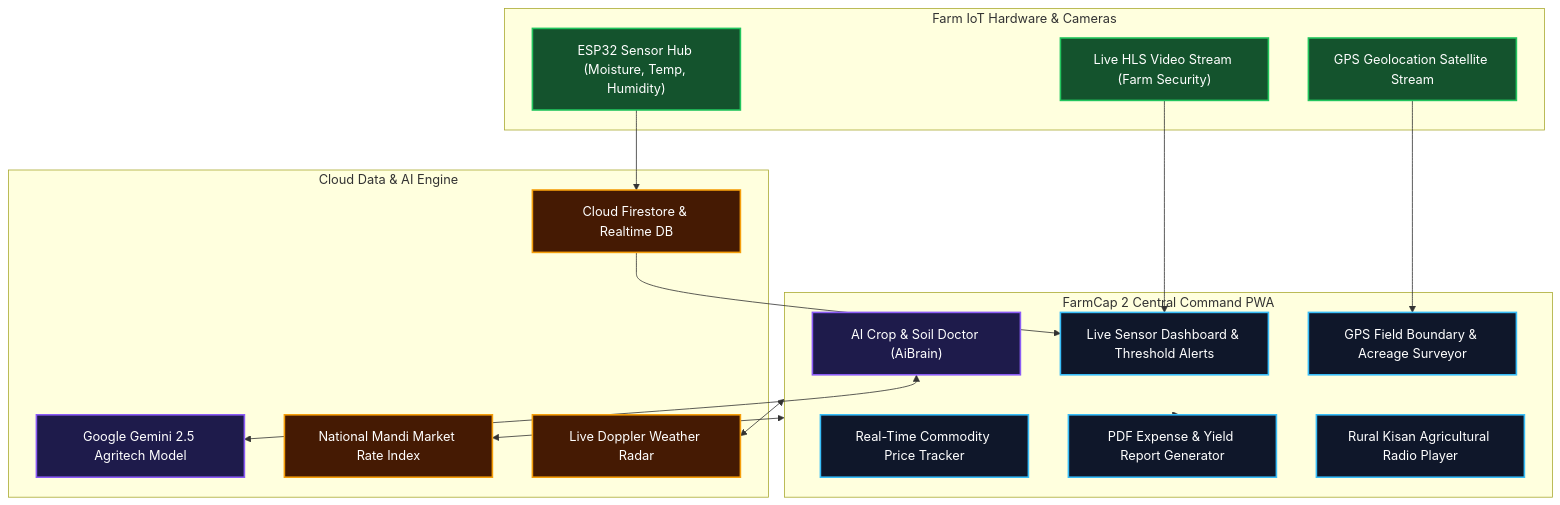
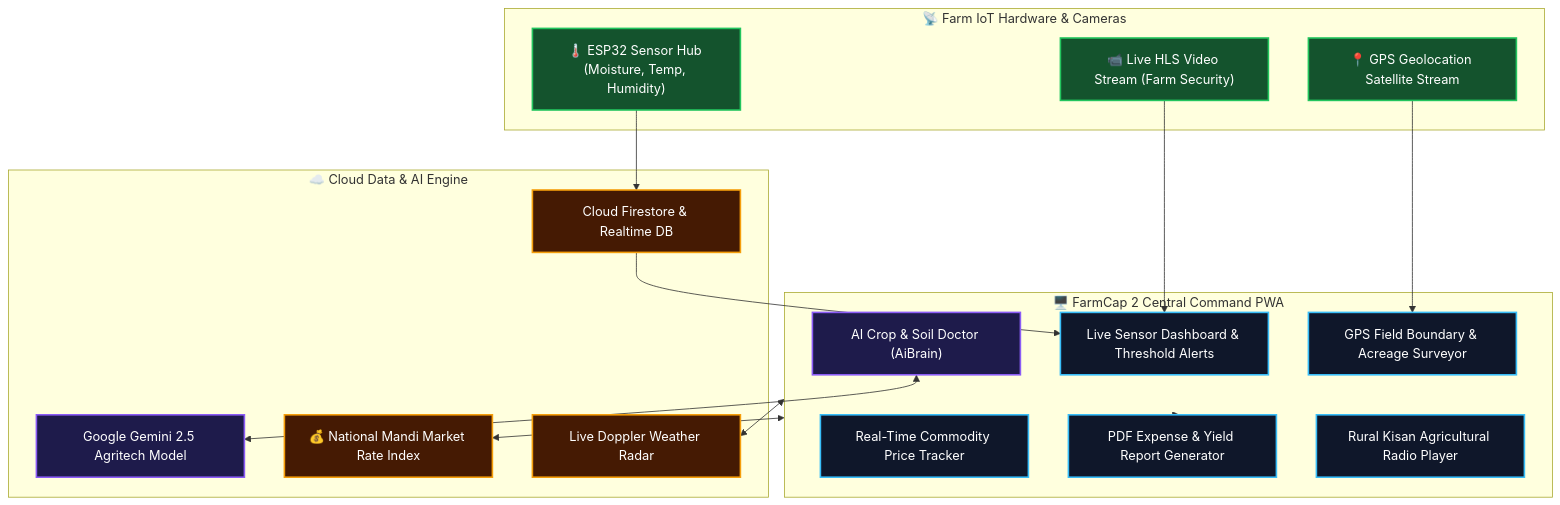
Before and after one commit to maniscap/FARM-CAP-2: the diagram in README.md, drawn with Mermaid. The commit also changed other lines of this file, not shown here.

````diff
--- a/README.md
+++ b/README.md
@@ -38,36 +39,36 @@
 ```mermaid
 flowchart TD
     classDef iot fill:#14532d,stroke:#22c55e,stroke-width:2px,color:#fff;
     classDef ai fill:#1e1b4b,stroke:#8b5cf6,stroke-width:2px,color:#fff;
     classDef client fill:#0f172a,stroke:#38bdf8,stroke-width:2px,color:#fff;
     classDef cloud fill:#451a03,stroke:#f59e0b,stroke-width:2px,color:#fff;
 
-    subgraph FarmSensors["Farm IoT Hardware & Cameras"]
-        ESP32["ESP32 Sensor Hub (Moisture, Temp, Humidity)"]:::iot
-        CCTV["Live HLS Video Stream (Farm Security)"]:::iot
-        GPSNode["GPS Geolocation Satellite Stream"]:::iot
+    subgraph FarmSensors["📡 Farm IoT Hardware & Cameras"]
+        ESP32["🌡️ ESP32 Sensor Hub (Moisture, Temp, Humidity)"]:::iot
+        CCTV["📹 Live HLS Video Stream (Farm Security)"]:::iot
+        GPSNode["📍 GPS Geolocation Satellite Stream"]:::iot
     end
 
-    subgraph BackendCloud["Cloud Data & AI Engine"]
+    subgraph BackendCloud["☁️ Cloud Data & AI Engine"]
         Firebase["Cloud Firestore & Realtime DB"]:::cloud
         Gemini["Google Gemini 2.5 Agritech Model"]:::ai
-        MandiAPI["National Mandi Market Rate Index"]:::cloud
+        MandiAPI["💰 National Mandi Market Rate Index"]:::cloud
         WeatherAPI["Live Doppler Weather Radar"]:::cloud
     end
 
-    subgraph Dashboard["FarmCap 2 Central Command PWA"]
+    subgraph Dashboard["🖥️ FarmCap 2 Central Command PWA"]
         SensorDash["Live Sensor Dashboard & Threshold Alerts"]:::client
         AIChat["AI Crop & Soil Doctor (AiBrain)"]:::ai
         GPSMeasure["GPS Field Boundary & Acreage Surveyor"]:::client
         MandiBoard["Real-Time Commodity Price Tracker"]:::client
         ExpensePDF["PDF Expense & Yield Report Generator"]:::client
         RadioStream["Rural Kisan Agricultural Radio Player"]:::client
     end
 
     ESP32 --> Firebase --> SensorDash
     CCTV --> SensorDash
     GPSNode --> GPSMeasure
     AIChat <--> Gemini
     Dashboard <--> MandiAPI & WeatherAPI
     Dashboard --> ExpensePDF
 ```
````
